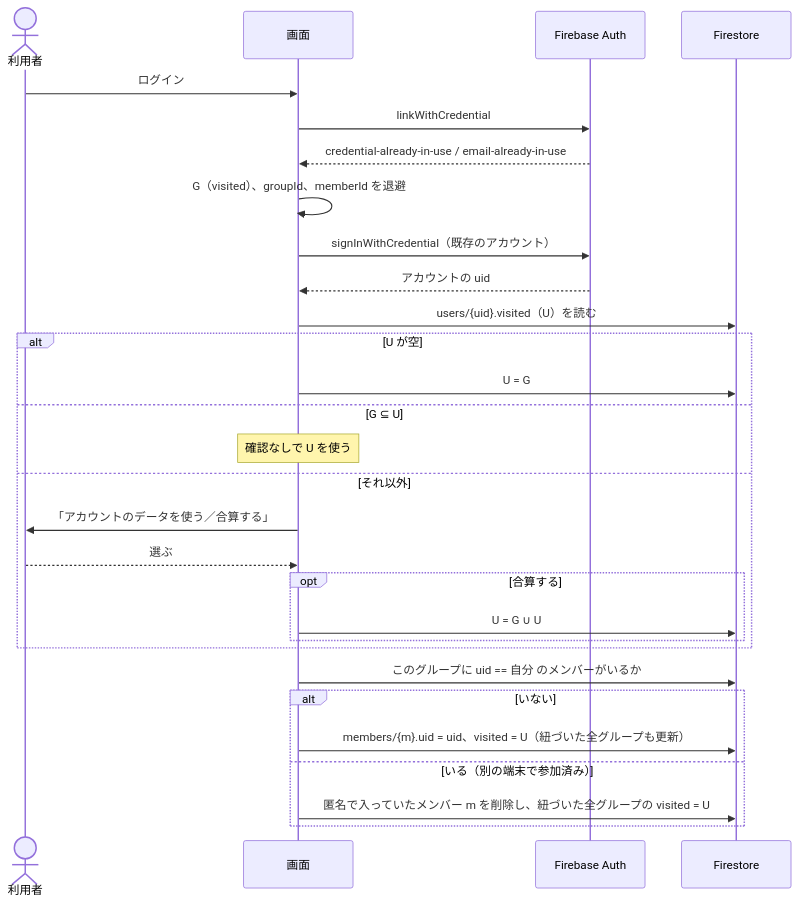
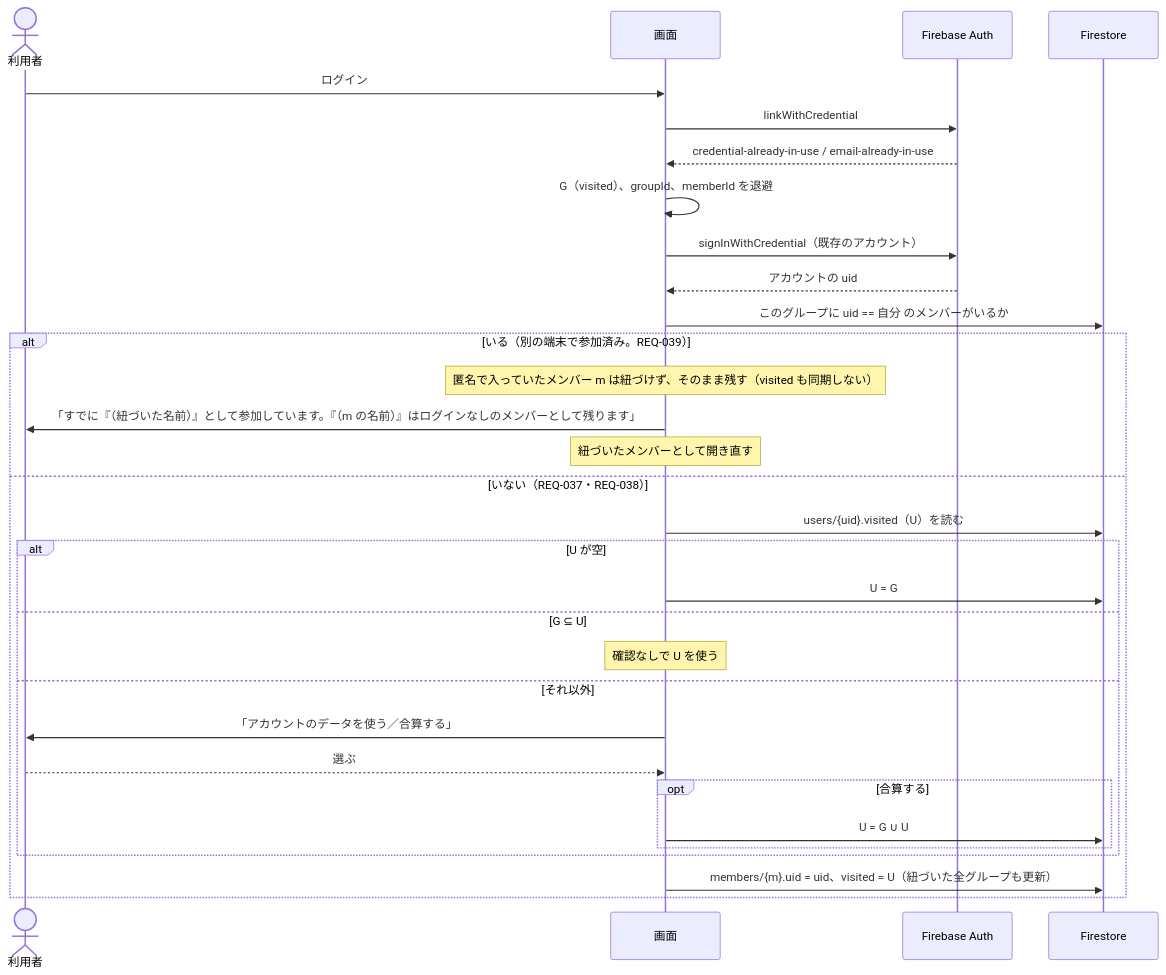
The third of 5 diagrams in docs/design/auth-flow.md (yuppy52/tabikaigi-map), drawn with Mermaid before and after one commit. The commit also changed other lines of this file and 9 other files, not shown here.

````diff
--- a/docs/design/auth-flow.md
+++ b/docs/design/auth-flow.md
@@ -63,32 +63,34 @@
 ```mermaid
 sequenceDiagram
   actor U as 利用者
   participant App as 画面
   participant Auth as Firebase Auth
   participant DB as Firestore
 
   U->>App: ログイン
   App->>Auth: linkWithCredential
   Auth-->>App: credential-already-in-use / email-already-in-use
   App->>App: G（visited）、groupId、memberId を退避
   App->>Auth: signInWithCredential（既存のアカウント）
   Auth-->>App: アカウントの uid
-  App->>DB: users/{uid}.visited（U）を読む
-  alt U が空
-    App->>DB: U = G
-  else G ⊆ U
-    Note over App: 確認なしで U を使う
-  else それ以外
-    App->>U: 「アカウントのデータを使う／合算する」
-    U-->>App: 選ぶ
-    opt 合算する
-      App->>DB: U = G ∪ U
+  App->>DB: このグループに uid == 自分 のメンバーがいるか
+  alt いる（別の端末で参加済み。REQ-039）
+    Note over App: 匿名で入っていたメンバー m は紐づけず、そのまま残す（visited も同期しない）
+    App->>U: 「すでに『（紐づいた名前）』として参加しています。『（m の名前）』はログインなしのメンバーとして残ります」
+    Note over App: 紐づいたメンバーとして開き直す
+  else いない（REQ-037・REQ-038）
+    App->>DB: users/{uid}.visited（U）を読む
+    alt U が空
+      App->>DB: U = G
+    else G ⊆ U
+      Note over App: 確認なしで U を使う
+    else それ以外
+      App->>U: 「アカウントのデータを使う／合算する」
+      U-->>App: 選ぶ
+      opt 合算する
+        App->>DB: U = G ∪ U
+      end
     end
-  end
-  App->>DB: このグループに uid == 自分 のメンバーがいるか
-  alt いない
     App->>DB: members/{m}.uid = uid、visited = U（紐づいた全グループも更新）
-  else いる（別の端末で参加済み）
-    App->>DB: 匿名で入っていたメンバー m を削除し、紐づいた全グループの visited = U
   end
 ```
````
